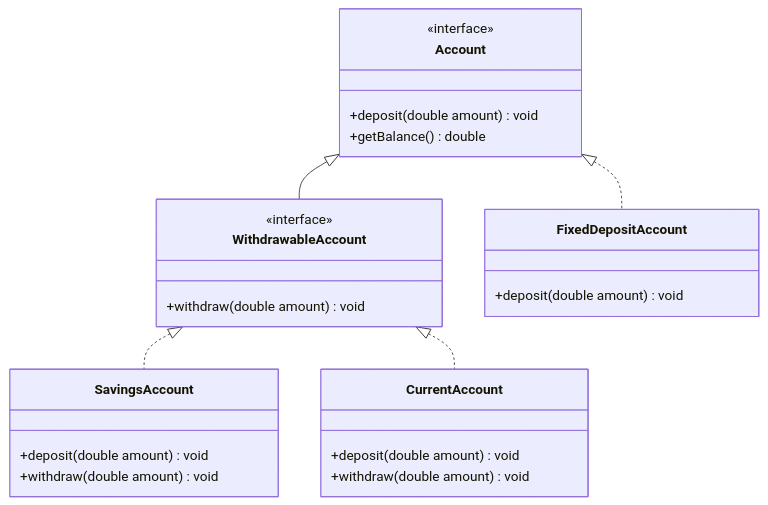
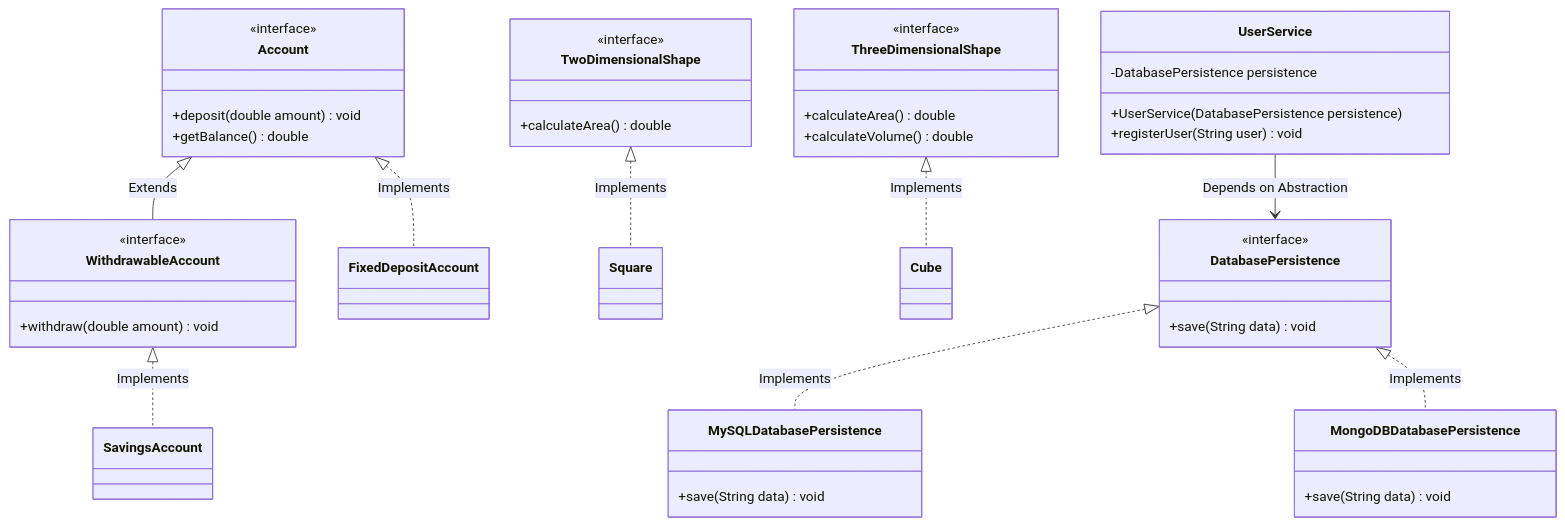
One commit to rohithgowda18/Notes changed the second of 2 diagrams in 04-OOPs-and-Design-Patterns/02-SOLID-Principles/06-SOLID-Design-Principles-Part-2.md. Above: the diagram before and after it, drawn with Mermaid. The commit also changed other lines of this file and 30 other files, not shown here.

````diff
--- a/04-OOPs-and-Design-Patterns/02-SOLID-Principles/06-SOLID-Design-Principles-Part-2.md
+++ b/04-OOPs-and-Design-Patterns/02-SOLID-Principles/06-SOLID-Design-Principles-Part-2.md
@@ -87,28 +311,57 @@
 ```mermaid
 classDiagram
+    %% ISP & LSP Account Structure
     class Account {
         <<interface>>
         +deposit(double amount) void
         +getBalance() double
     }
+
     class WithdrawableAccount {
         <<interface>>
         +withdraw(double amount) void
     }
-    class SavingsAccount {
-        +deposit(double amount) void
-        +withdraw(double amount) void
-    }
-    class CurrentAccount {
-        +deposit(double amount) void
-        +withdraw(double amount) void
-    }
-    class FixedDepositAccount {
-        +deposit(double amount) void
+
+    Account <|-- WithdrawableAccount : Extends
+    WithdrawableAccount <|.. SavingsAccount : Implements
+    Account <|.. FixedDepositAccount : Implements
+
+    %% ISP Shapes
+    class TwoDimensionalShape {
+        <<interface>>
+        +calculateArea() double
     }
 
-    Account <|-- WithdrawableAccount
-    WithdrawableAccount <|.. SavingsAccount
-    WithdrawableAccount <|.. CurrentAccount
-    Account <|.. FixedDepositAccount
+    class ThreeDimensionalShape {
+        <<interface>>
+        +calculateArea() double
+        +calculateVolume() double
+    }
+
+    TwoDimensionalShape <|.. Square : Implements
+    ThreeDimensionalShape <|.. Cube : Implements
+
+    %% DIP Architecture
+    class DatabasePersistence {
+        <<interface>>
+        +save(String data) void
+    }
+
+    class MySQLDatabasePersistence {
+        +save(String data) void
+    }
+
+    class MongoDBDatabasePersistence {
+        +save(String data) void
+    }
+
+    class UserService {
+        -DatabasePersistence persistence
+        +UserService(DatabasePersistence persistence)
+        +registerUser(String user) void
+    }
+
+    DatabasePersistence <|.. MySQLDatabasePersistence : Implements
+    DatabasePersistence <|.. MongoDBDatabasePersistence : Implements
+    UserService --> DatabasePersistence : Depends on Abstraction
 ```
````
